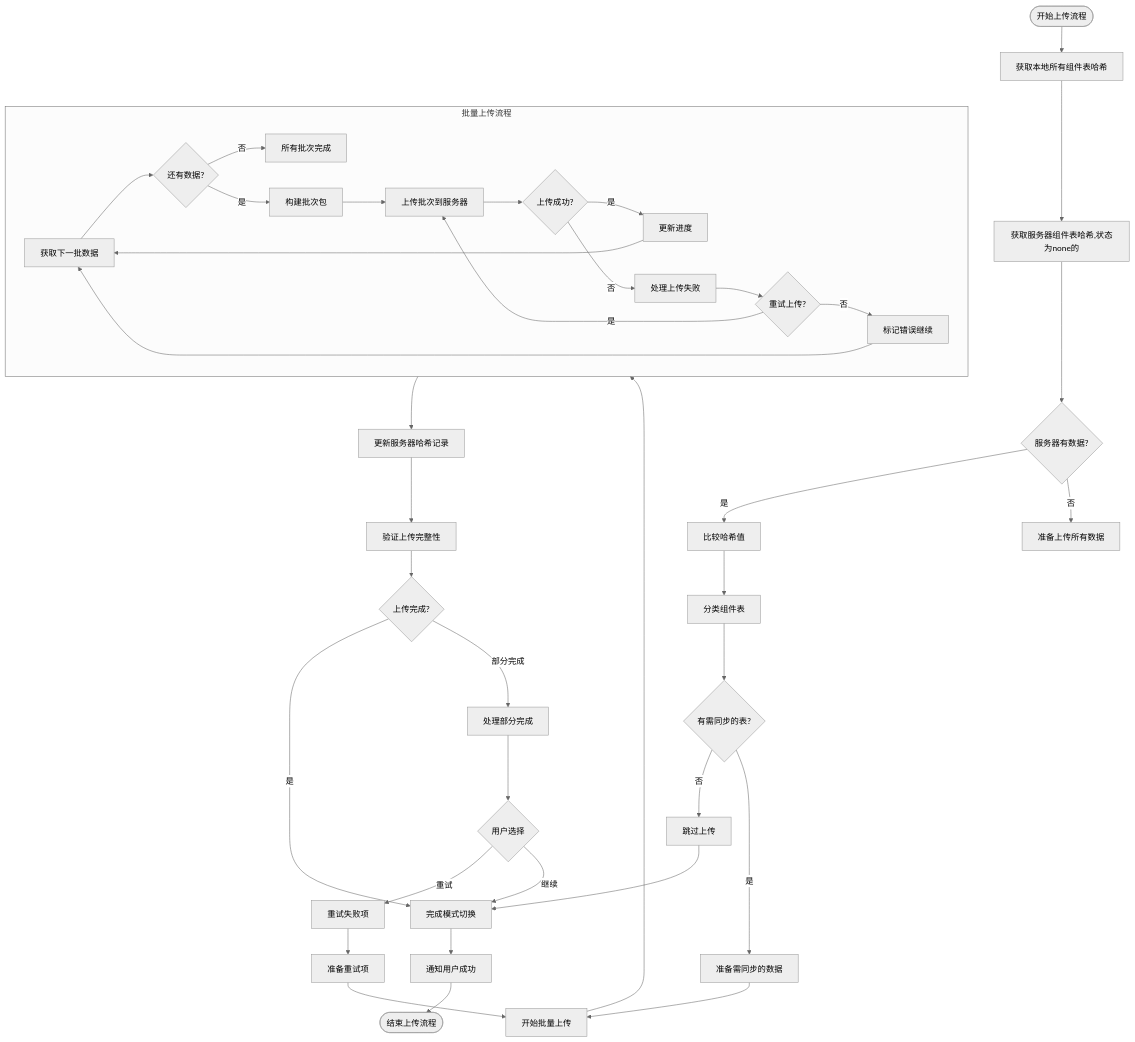
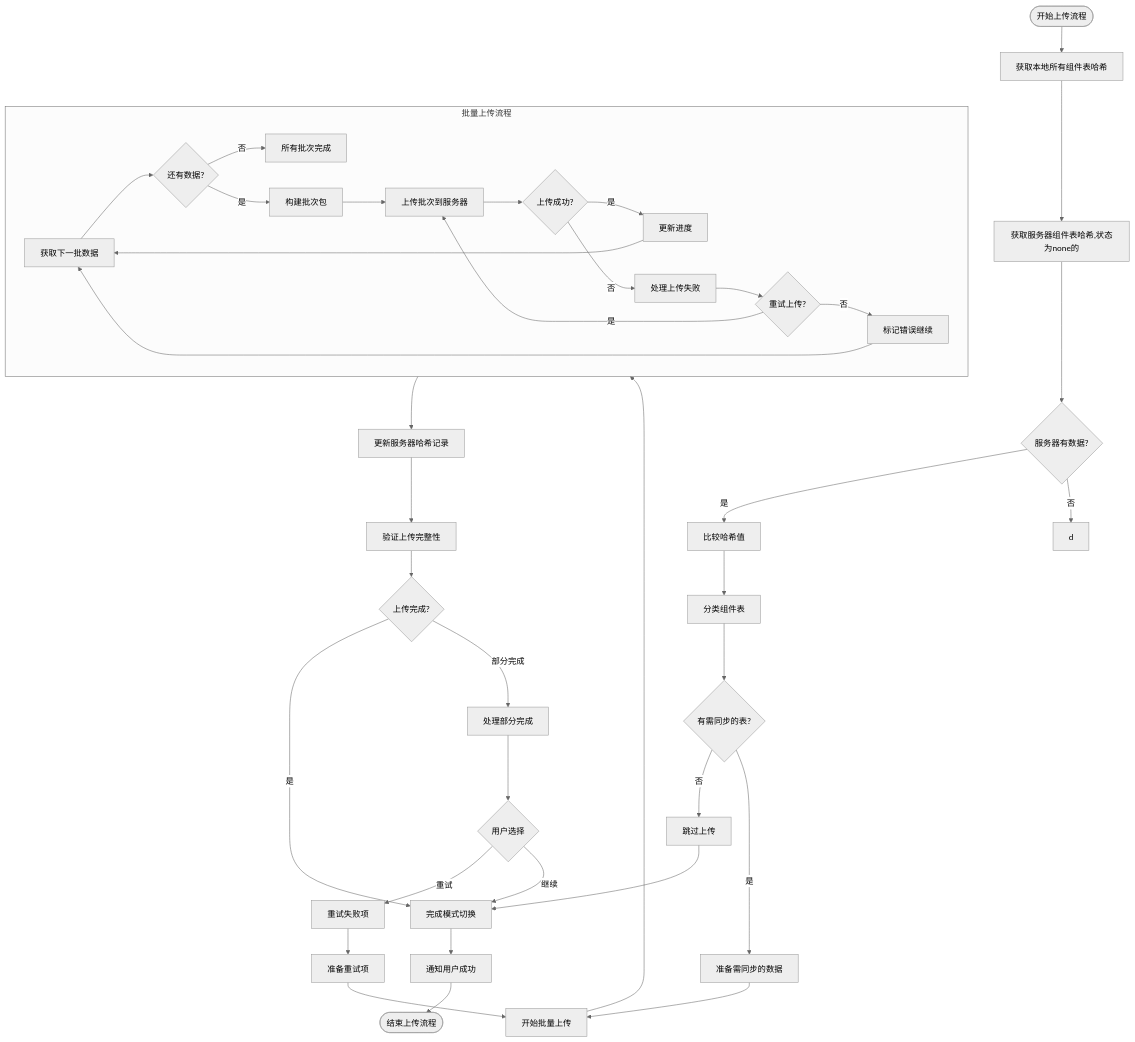
One commit to yingjianzh/iodraw-files changed the diagram in all/未命名-50.md. Above: the diagram before and after it, drawn with Mermaid (neutral theme).

Commit message:
2025-05-08 17:10:12 update

````diff
--- a/all/未命名-50.md
+++ b/all/未命名-50.md
@@ -1,55 +1,55 @@
 ```mermaid
 flowchart TD
     Start([开始上传流程]) --> CollectLocalHashes[获取本地所有组件表哈希]
     CollectLocalHashes --> FetchServerHashes[获取服务器组件表哈希,状态为none的]
     
     FetchServerHashes --> ServerHasData{服务器有数据?}
     
     ServerHasData -->|是| CompareHashes[比较哈希值]
-    ServerHasData -->|否| PrepareAllData[准备上传所有数据]
+    ServerHasData -->|否| d
     
     CompareHashes --> ClassifyTables[分类组件表]
     ClassifyTables --> HasChanges{有需同步的表?}
     
     HasChanges -->|否| SkipUpload[跳过上传]
     HasChanges -->|是| PrepareChangedData[准备需同步的数据]
     
     
     PrepareChangedData --> StartBatching[开始批量上传]
     
     subgraph BatchUpload [批量上传流程]
         B1[获取下一批数据] --> B2{还有数据?}
         B2 -->|否| BatchesComplete[所有批次完成]
         B2 -->|是| B3[构建批次包]
         B3 --> B4[上传批次到服务器]
         B4 --> B5{上传成功?}
         B5 -->|是| B6[更新进度]
         B5 -->|否| B7[处理上传失败]
         B7 --> B8{重试上传?}
         B8 -->|是| B4
         B8 -->|否| B9[标记错误继续]
         B6 --> B1
         B9 --> B1
     end
     
     StartBatching --> BatchUpload
     
     BatchUpload --> UpdateServerHashes[更新服务器哈希记录]
     UpdateServerHashes --> VerifyUpload[验证上传完整性]
     
     VerifyUpload --> UploadComplete{上传完成?}
     UploadComplete -->|是| FinalizeMode[完成模式切换]
     UploadComplete -->|部分完成| HandlePartial[处理部分完成]
     
     HandlePartial --> UserChoice{用户选择}
     UserChoice -->|重试| RetryFailed[重试失败项]
     UserChoice -->|继续| FinalizeMode
     
     RetryFailed --> PrepareRetry[准备重试项]
     PrepareRetry --> StartBatching
     
     FinalizeMode --> NotifySuccess[通知用户成功]
     NotifySuccess --> End([结束上传流程])
     
     SkipUpload --> FinalizeMode
 ```
````
